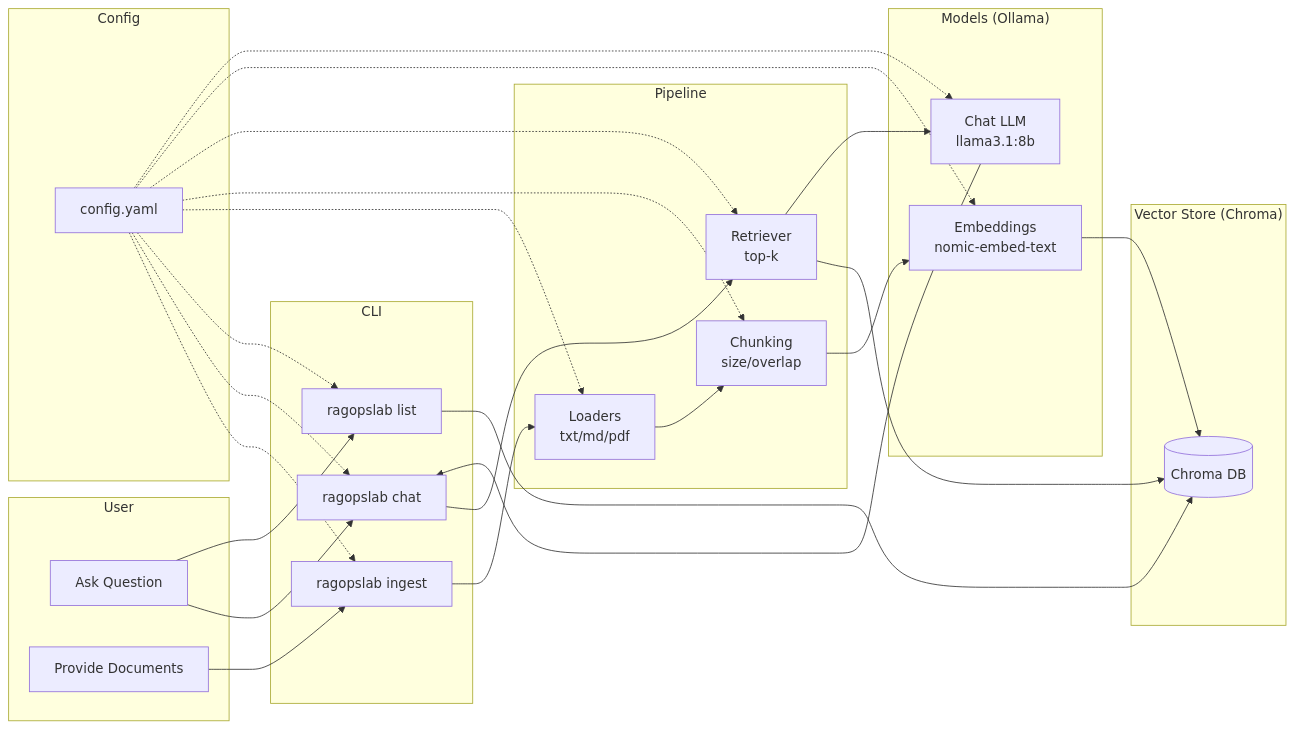
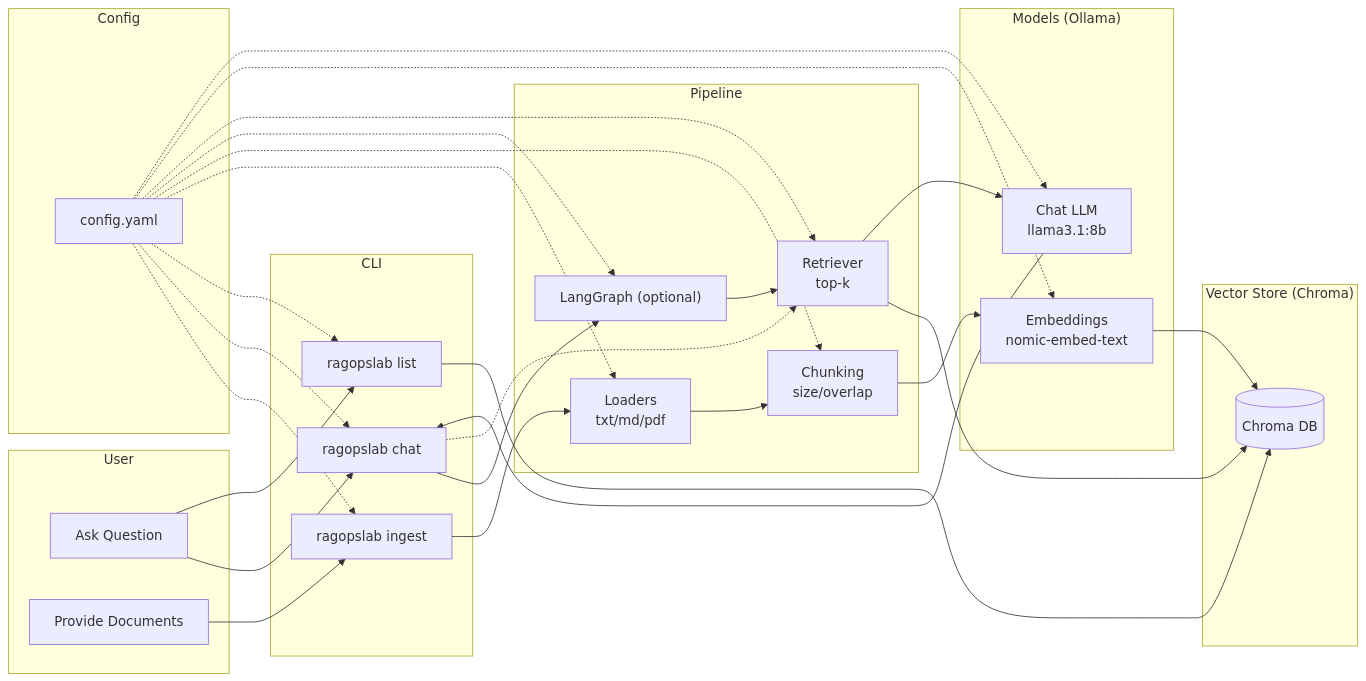
Before and after one commit to marcelinojackson-org/AIML.RAGOpsLab: the diagram in docs/architecture_cross.mmd, drawn with Mermaid. The commit also changed 10 other files, not shown here.

Commit message:
Add LangGraph flow with usage tracking

```diff
--- a/docs/architecture_cross.mmd
+++ b/docs/architecture_cross.mmd
@@ -1,50 +1,55 @@
 flowchart LR
   subgraph User
     UQ[Ask Question]
     UD[Provide Documents]
   end
 
   subgraph CLI
     ING[ragopslab ingest]
     LST[ragopslab list]
     CHT[ragopslab chat]
   end
 
   subgraph Pipeline
     LOAD[Loaders<br/>txt/md/pdf]
     CHK[Chunking<br/>size/overlap]
+    LG["LangGraph (optional)"]
     RET[Retriever<br/>top-k]
   end
 
   subgraph "Vector Store (Chroma)"
     VEC[(Chroma DB)]
   end
 
   subgraph "Models (Ollama)"
     EMB[Embeddings<br/>nomic-embed-text]
     LLM[Chat LLM<br/>llama3.1:8b]
   end
 
   subgraph Config
     CFG[config.yaml]
   end
 
   UD --> ING
   ING --> LOAD --> CHK --> EMB --> VEC
 
   UQ --> CHT
-  CHT --> RET --> VEC
+  CHT --> LG
+  CHT -.-> RET
+  LG --> RET
+  RET --> VEC
   RET --> LLM
   LLM --> CHT
 
   UQ --> LST
   LST --> VEC
 
   CFG -.-> ING
   CFG -.-> CHT
   CFG -.-> LST
   CFG -.-> LOAD
   CFG -.-> CHK
+  CFG -.-> LG
   CFG -.-> RET
   CFG -.-> EMB
   CFG -.-> LLM
```
